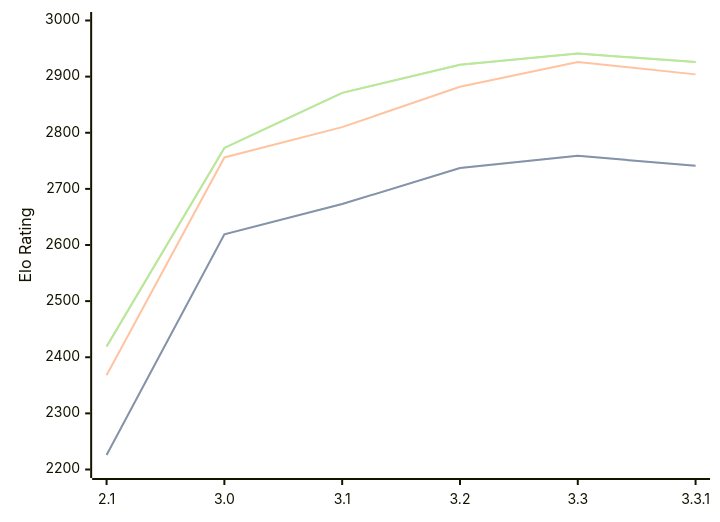
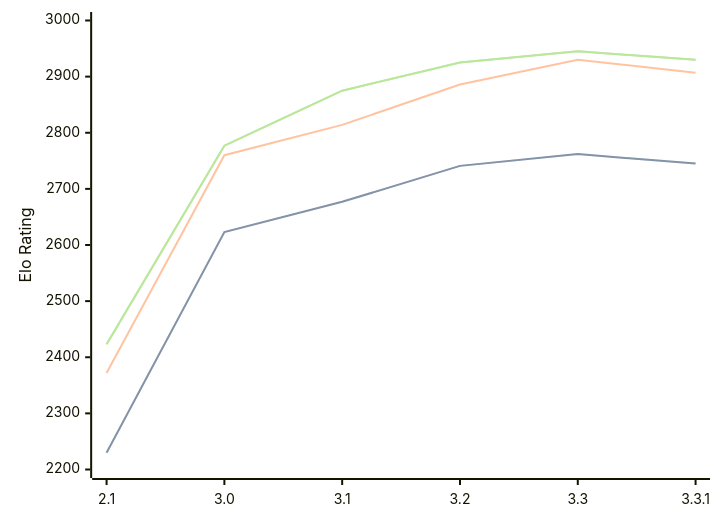
The diagram in engines/Petrel.md (computer-chess-index/cci), drawn with Mermaid before and after one commit. The commit also changed other lines of this file, not shown here.

Commit message:
Update CCI Ratings (ELO VLTC) - 2026-02-24

````diff
--- a/engines/Petrel.md
+++ b/engines/Petrel.md
@@ -40,11 +40,11 @@
 ```mermaid
 %%{init: {"theme":"base","themeVariables":{"seriesColors:['#a3a3a3','#222221','#faa371']}}}%%
 xychart-beta
   x-axis ["2.1", "3.0", "3.1", "3.2", "3.3", "3.3.1"]
   y-axis "Elo Rating" 2200 --> 3000
-  line "STC (8.0+0.08s)" [2226, 2619, 2673, 2737, 2759, 2741]
-  line "STC (8.0+0.08s)" [2226, 2619, 2673, 2737, 2759, 2741]
-  line "LTC (60.0+0.60s)" [2368, 2756, 2810, 2882, 2926, 2904]
-  line "VLTC (2m24s+1.12s)" [2419, 2773, 2871, 2921, 2941, 2926]
-  line "VLTC (2m24s+1.12s)" [2419, 2773, 2871, 2921, 2941, 2926]
+  line "STC (8.0+0.08s)" [2230, 2623, 2677, 2741, 2762, 2745]
+  line "STC (8.0+0.08s)" [2230, 2623, 2677, 2741, 2762, 2745]
+  line "LTC (60.0+0.60s)" [2372, 2760, 2814, 2886, 2930, 2907]
+  line "VLTC (2m24s+1.12s)" [2423, 2777, 2875, 2925, 2945, 2930]
+  line "VLTC (2m24s+1.12s)" [2423, 2777, 2875, 2925, 2945, 2930]
 ```
````
